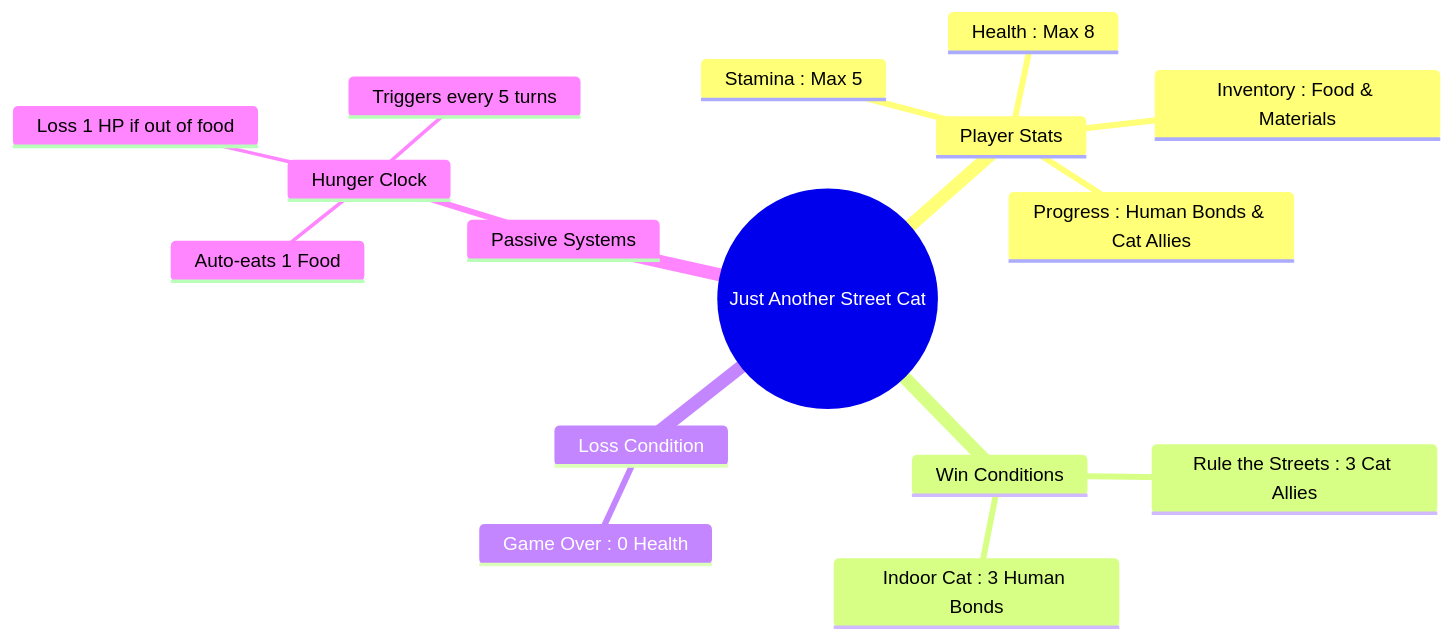
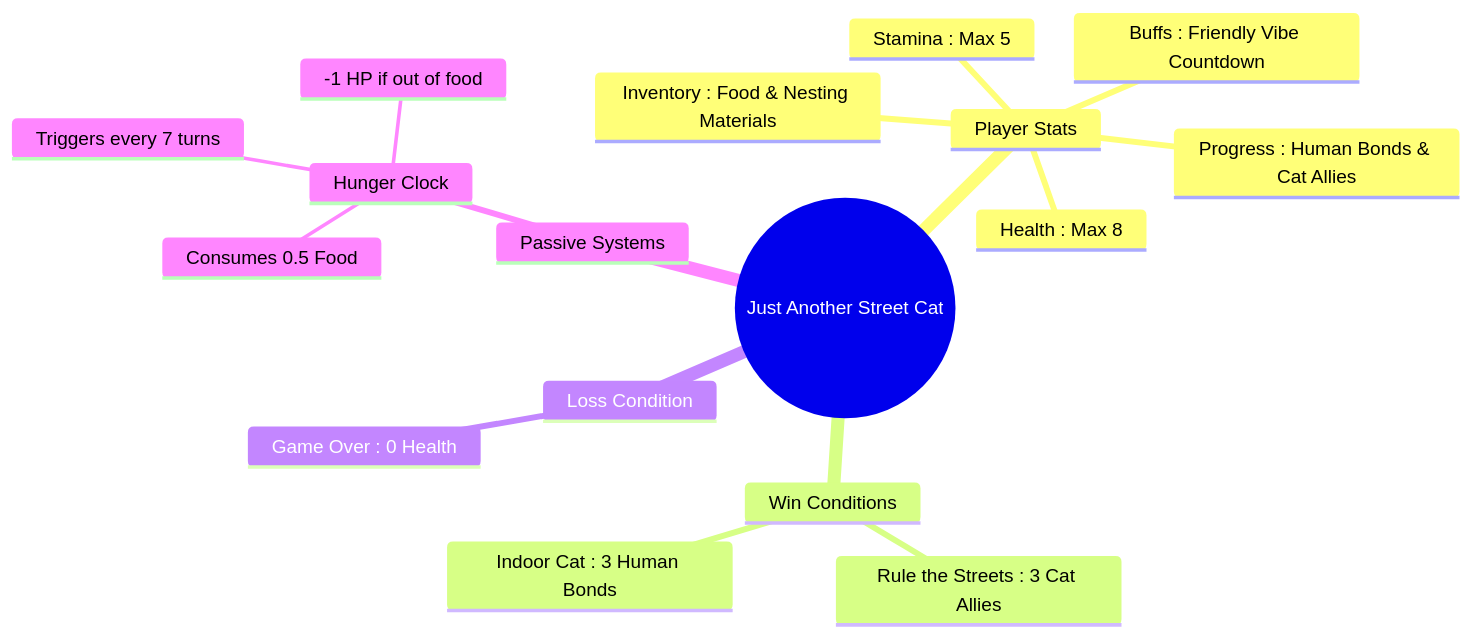
Before and after one commit to shamful/Just-Another-Stray-Cat: the diagram in README.md, drawn with Mermaid. The commit also changed other lines of this file, not shown here.

````diff
--- a/README.md
+++ b/README.md
@@ -9,19 +9,20 @@
 ```mermaid
 mindmap
   root((Just Another Street Cat))
     Player Stats
       Health : Max 8
       Stamina : Max 5
-      Inventory : Food & Materials
+      Inventory : Food & Nesting Materials
       Progress : Human Bonds & Cat Allies
+      Buffs : Friendly Vibe Countdown
     Win Conditions
       Rule the Streets : 3 Cat Allies
       Indoor Cat : 3 Human Bonds
     Loss Condition
       Game Over : 0 Health
     Passive Systems
       Hunger Clock
-        Triggers every 5 turns
-        Auto-eats 1 Food
-        Loss 1 HP if out of food
+        Triggers every 7 turns
+        Consumes 0.5 Food
+        -1 HP if out of food
 ```
````
